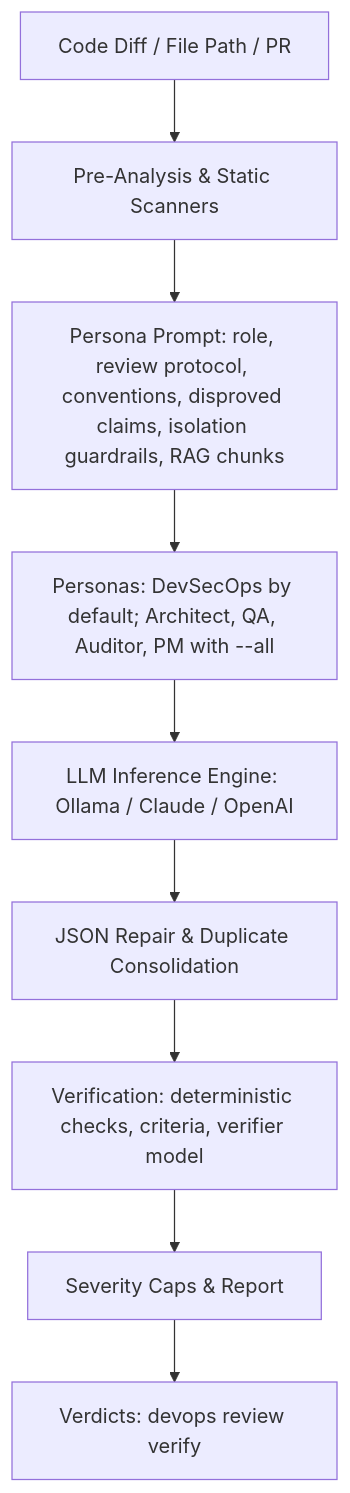
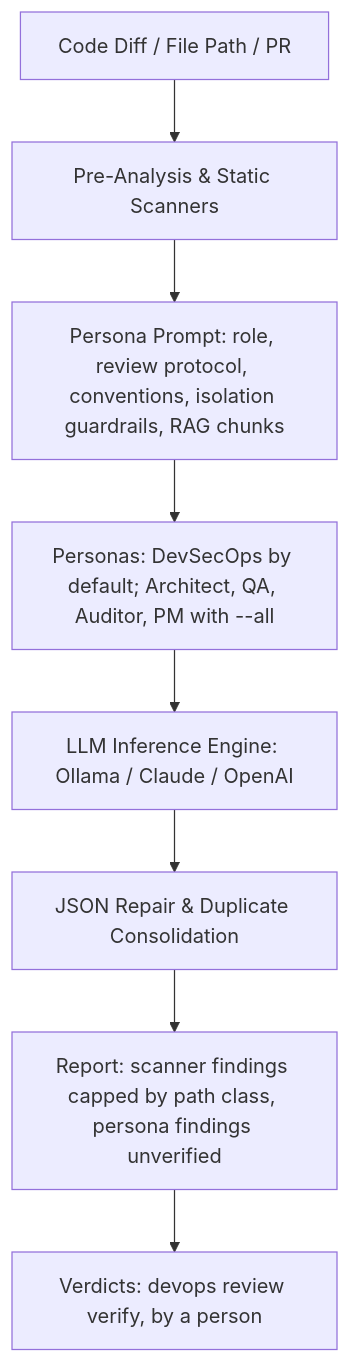
One commit to dan-petty/devops-cli changed the diagram in src/devops_cli/ai/knowledge_base/it_domains/topics/agentic_ai_and_code_reviews.md. Above: the diagram before and after it, drawn with Mermaid. The commit also changed other lines of this file and 330 other files, not shown here.

````diff
--- a/src/devops_cli/ai/knowledge_base/it_domains/topics/agentic_ai_and_code_reviews.md
+++ b/src/devops_cli/ai/knowledge_base/it_domains/topics/agentic_ai_and_code_reviews.md
@@ -7,11 +7,10 @@
 ```mermaid
 graph TD
     A[Code Diff / File Path / PR] --> B[Pre-Analysis & Static Scanners]
-    B --> C[Persona Prompt: role, review protocol, conventions, disproved claims, isolation guardrails, RAG chunks]
+    B --> C[Persona Prompt: role, review protocol, conventions, isolation guardrails, RAG chunks]
     C --> D[Personas: DevSecOps by default; Architect, QA, Auditor, PM with --all]
     D --> E[LLM Inference Engine: Ollama / Claude / OpenAI]
     E --> F[JSON Repair & Duplicate Consolidation]
-    F --> G[Verification: deterministic checks, criteria, verifier model]
-    G --> H[Severity Caps & Report]
-    H --> I[Verdicts: devops review verify]
+    F --> H[Report: scanner findings capped by path class, persona findings unverified]
+    H --> I[Verdicts: devops review verify, by a person]
 ```
````
